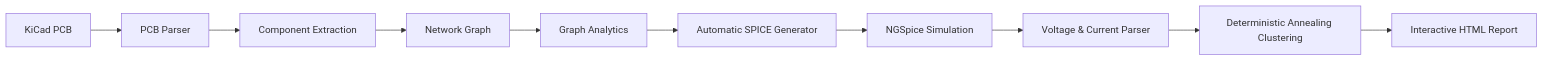
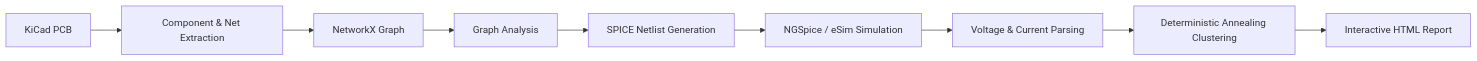
Before and after one commit to prishabhatia46/eSim-KiCad-Plugin: the diagram in pcb_linter_da_clustering/README.md, drawn with Mermaid. The commit also changed other lines of this file, not shown here.

````diff
--- a/pcb_linter_da_clustering/README.md
+++ b/pcb_linter_da_clustering/README.md
@@ -82,39 +38,27 @@
 ```mermaid
 flowchart LR
 
 A[KiCad PCB]
-
--->B[PCB Parser]
+-->B[Component & Net Extraction]
 
 B
-
--->C[Component Extraction]
+-->C[NetworkX Graph]
 
 C
-
--->D[Network Graph]
+-->D[Graph Analysis]
 
 D
-
--->E[Graph Analytics]
+-->E[SPICE Netlist Generation]
 
 E
-
--->F[Automatic SPICE Generator]
+-->F[NGSpice / eSim Simulation]
 
 F
-
--->G[NGSpice Simulation]
+-->G[Voltage & Current Parsing]
 
 G
-
--->H[Voltage & Current Parser]
+-->H[Deterministic Annealing Clustering]
 
 H
-
--->I[Deterministic Annealing Clustering]
-
-I
-
--->J[Interactive HTML Report]
+-->I[Interactive HTML Report]
 ```
````
